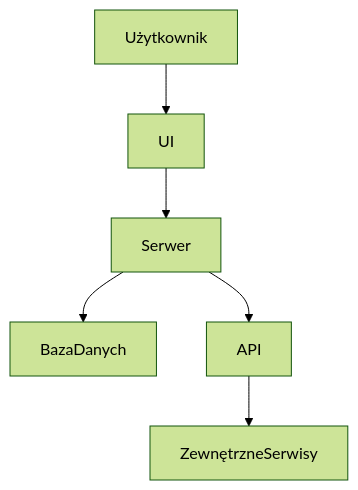
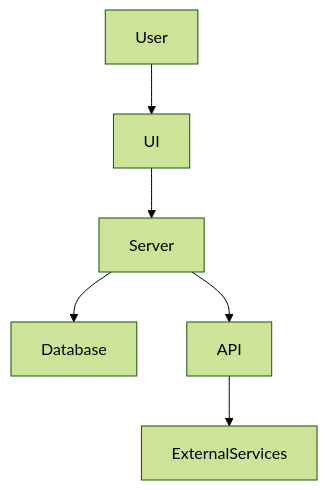
The first of 3 diagrams in README.md (Korius668/ChatApp), drawn with Mermaid (forest theme) before and after one commit. The commit also changed other lines of this file, not shown here.

Commit message:
Update README.md with revised project definition and diagrams

````diff
--- a/README.md
+++ b/README.md
@@ -44,8 +52,8 @@
 ```mermaid
 graph TD;
-    Użytkownik-->UI;
-    UI-->Serwer;
-    Serwer-->BazaDanych;
-    Serwer-->API;
-    API-->ZewnętrzneSerwisy;
+    User-->UI;
+    UI-->Server;
+    Server-->Database;
+    Server-->API;
+    API-->ExternalServices;
 ```
````
